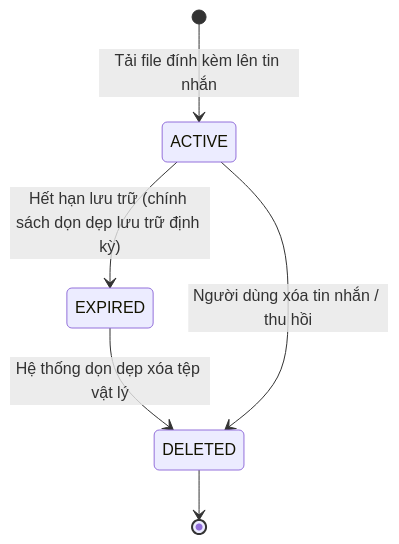
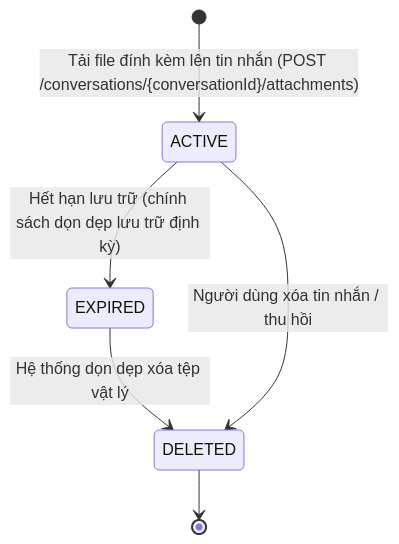
The fifth of 5 diagrams in docs/architecture/state_machines.md (danielnguyendbk/campus-marketplace), drawn with Mermaid before and after one commit. The commit also changed other lines of this file and 13 other files, not shown here.

````diff
--- a/docs/architecture/state_machines.md
+++ b/docs/architecture/state_machines.md
@@ -153,8 +153,8 @@
 ```mermaid
 stateDiagram-v2
-    [*] --> ACTIVE: Tải file đính kèm lên tin nhắn
+    [*] --> ACTIVE: Tải file đính kèm lên tin nhắn (POST /conversations/{conversationId}/attachments)
     ACTIVE --> EXPIRED: Hết hạn lưu trữ (chính sách dọn dẹp lưu trữ định kỳ)
     EXPIRED --> DELETED: Hệ thống dọn dẹp xóa tệp vật lý
     ACTIVE --> DELETED: Người dùng xóa tin nhắn / thu hồi
     DELETED --> [*]
 ```
````
